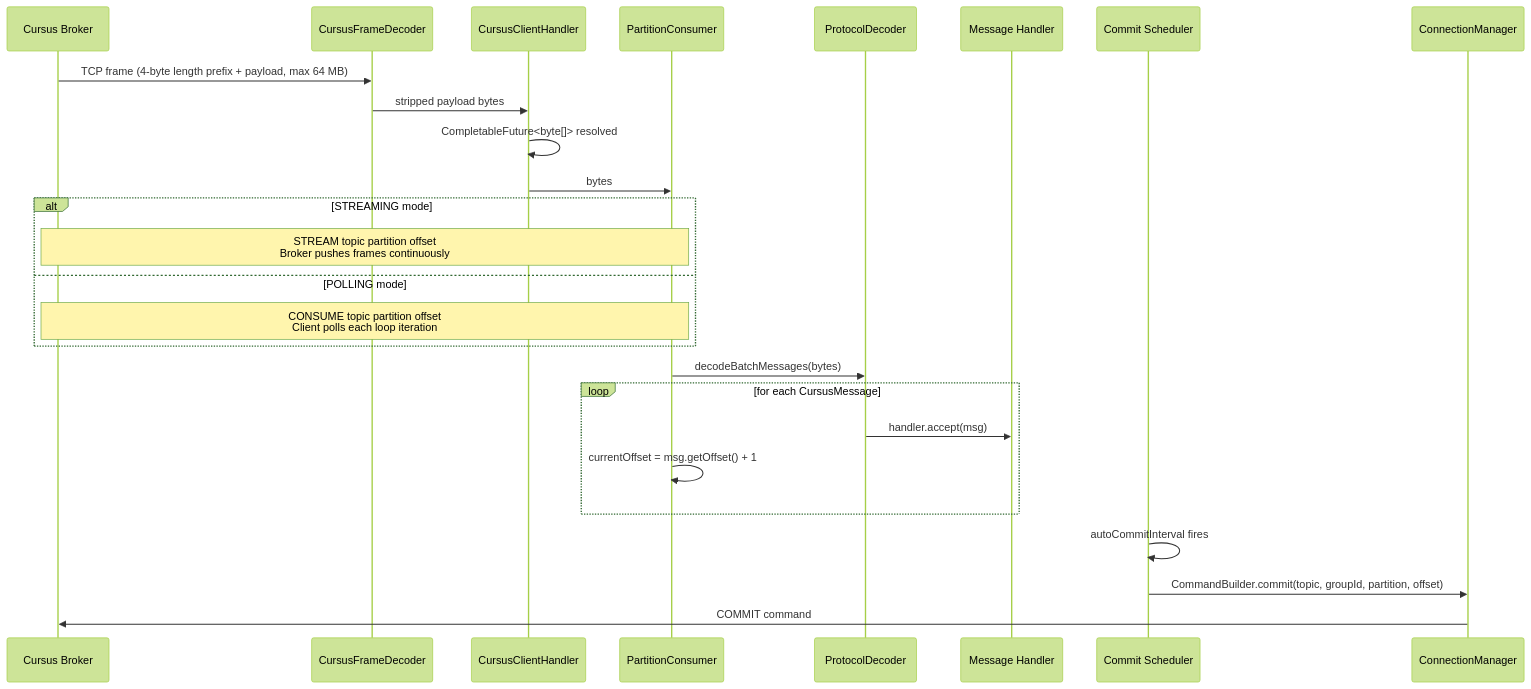
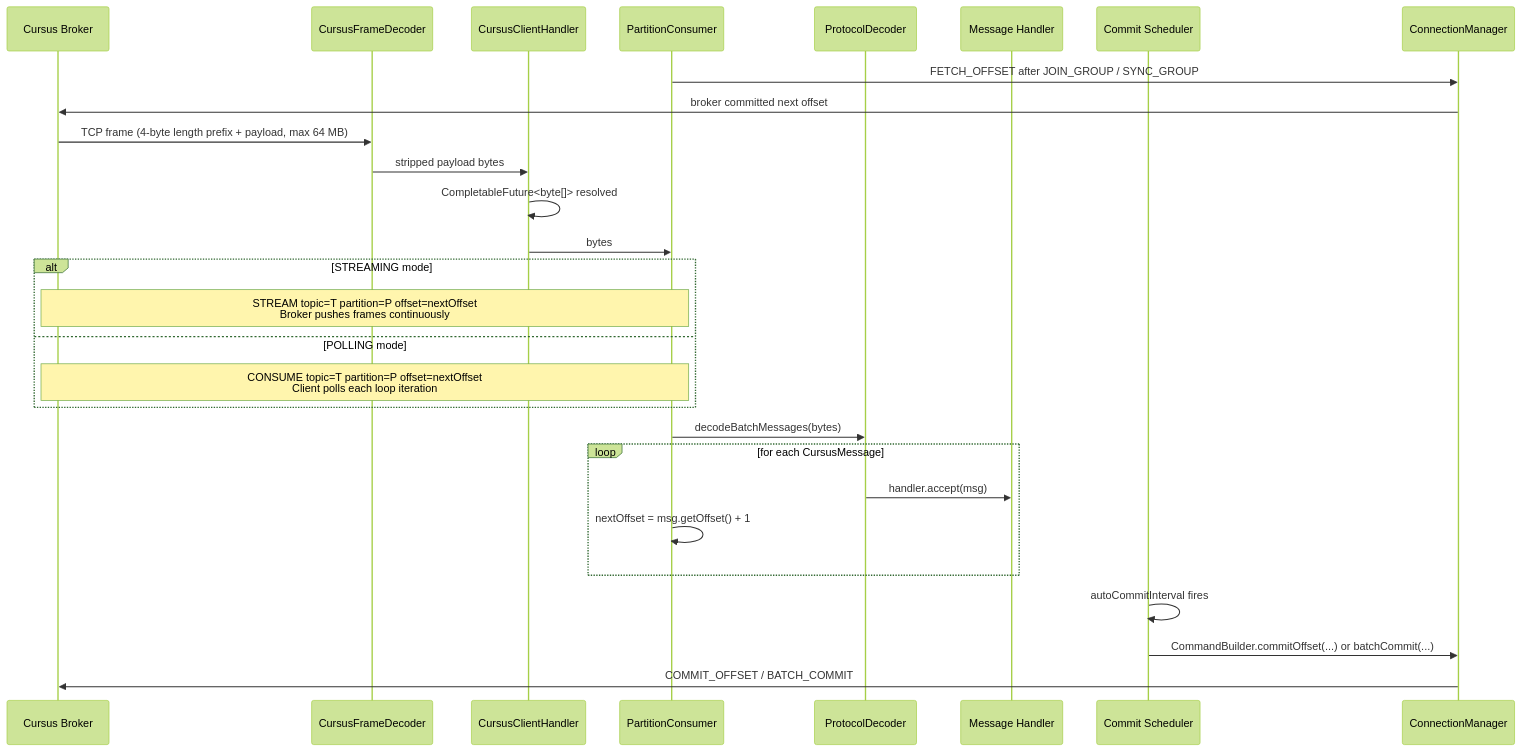
The third of 3 diagrams in docs/architecture.md (cursus-io/cursus-java), drawn with Mermaid (forest theme) before and after one commit. The commit also changed 27 other files, not shown here.

Commit message:
fix: support broker-managed offset resets (#31)

````diff
--- a/docs/architecture.md
+++ b/docs/architecture.md
@@ -96,32 +96,35 @@
 ```mermaid
 sequenceDiagram
     participant B as Cursus Broker
     participant FD as CursusFrameDecoder
     participant CH as CursusClientHandler
     participant PC as PartitionConsumer
     participant PD as ProtocolDecoder
     participant H as Message Handler
     participant CS as Commit Scheduler
     participant CM as ConnectionManager
 
+    PC->>CM: FETCH_OFFSET after JOIN_GROUP / SYNC_GROUP
+    CM->>B: broker committed next offset
+
     B->>FD: TCP frame (4-byte length prefix + payload, max 64 MB)
     FD->>CH: stripped payload bytes
     CH->>CH: CompletableFuture<byte[]> resolved
     CH->>PC: bytes
 
     alt STREAMING mode
-        Note over PC,B: STREAM topic partition offset<br/>Broker pushes frames continuously
+        Note over PC,B: STREAM topic=T partition=P offset=nextOffset<br/>Broker pushes frames continuously
     else POLLING mode
-        Note over PC,B: CONSUME topic partition offset<br/>Client polls each loop iteration
+        Note over PC,B: CONSUME topic=T partition=P offset=nextOffset<br/>Client polls each loop iteration
     end
 
     PC->>PD: decodeBatchMessages(bytes)
     loop for each CursusMessage
         PD->>H: handler.accept(msg)
-        PC->>PC: currentOffset = msg.getOffset() + 1
+        PC->>PC: nextOffset = msg.getOffset() + 1
     end
 
     CS->>CS: autoCommitInterval fires
-    CS->>CM: CommandBuilder.commit(topic, groupId, partition, offset)
-    CM->>B: COMMIT command
+    CS->>CM: CommandBuilder.commitOffset(...) or batchCommit(...)
+    CM->>B: COMMIT_OFFSET / BATCH_COMMIT
 ```
````
